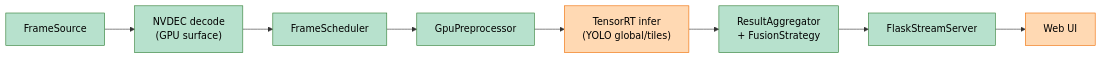
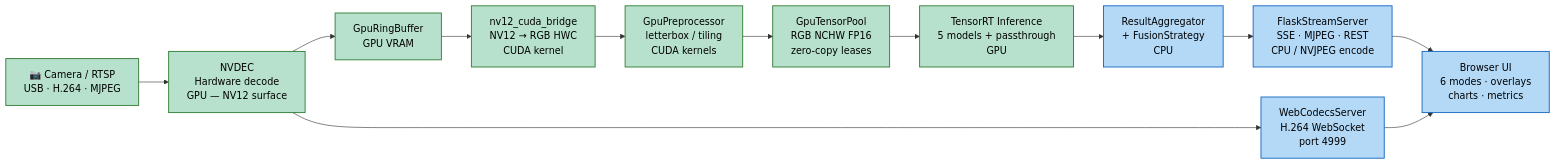
One commit to Nutz95/PeopleCounter changed the first of 5 diagrams in app_v2/docs/README_ARCHI.md. Above: the diagram before and after it, drawn with Mermaid. The commit also changed other lines of this file and 10 other files, not shown here.

````diff
--- a/app_v2/docs/README_ARCHI.md
+++ b/app_v2/docs/README_ARCHI.md
@@ -13,14 +23,21 @@
 ```mermaid
 flowchart LR
-    FrameSource["FrameSource"]:::done --> NVDEC["NVDEC decode<br/>(GPU surface)"]:::done
-    NVDEC --> Scheduler["FrameScheduler"]:::done
-    Scheduler --> Preprocessor["GpuPreprocessor"]:::done
-    Preprocessor --> TRT["TensorRT infer<br/>(YOLO global/tiles)"]:::partial
-    TRT --> Aggregator["ResultAggregator<br/>+ FusionStrategy"]:::done
-    Aggregator --> Publisher["FlaskStreamServer"]:::done
-    Publisher --> UI["Web UI"]:::partial
+    source["📷 Camera / RTSP<br/>USB · H.264 · MJPEG"]:::gpu
+    nvdec["NVDEC<br/>Hardware decode<br/>GPU — NV12 surface"]:::gpu
+    ring["GpuRingBuffer<br/>GPU VRAM"]:::gpu
+    bridge["nv12_cuda_bridge<br/>NV12 → RGB HWC<br/>CUDA kernel"]:::gpu
+    preproc["GpuPreprocessor<br/>letterbox / tiling<br/>CUDA kernels"]:::gpu
+    pool["GpuTensorPool<br/>RGB NCHW FP16<br/>zero-copy leases"]:::gpu
+    trt["TensorRT Inference<br/>5 models + passthrough<br/>GPU"]:::gpu
+    agg["ResultAggregator<br/>+ FusionStrategy<br/>CPU"]:::cpu
+    flask["FlaskStreamServer<br/>SSE · MJPEG · REST<br/>CPU / NVJPEG encode"]:::cpu
+    ws["WebCodecsServer<br/>H.264 WebSocket<br/>port 4999"]:::cpu
+    ui["Browser UI<br/>6 modes · overlays<br/>charts · metrics"]:::cpu
 
-    classDef done fill:#b7e1cd,color:#000,stroke:#2e7d32,stroke-width:1px;
-    classDef partial fill:#ffd9b3,color:#000,stroke:#ef6c00,stroke-width:1px;
-    classDef todo fill:#f4b6b6,color:#000,stroke:#c62828,stroke-width:1px;
+    source --> nvdec --> ring --> bridge --> preproc --> pool --> trt --> agg --> flask --> ui
+    nvdec --> ws --> ui
+
+    classDef gpu fill:#b7e1cd,color:#000,stroke:#2e7d32,stroke-width:1.5px;
+    classDef cpu fill:#b3d9f7,color:#000,stroke:#1565c0,stroke-width:1.5px;
+    classDef wip fill:#ffd9b3,color:#000,stroke:#ef6c00,stroke-width:1.5px;
 ```
````
